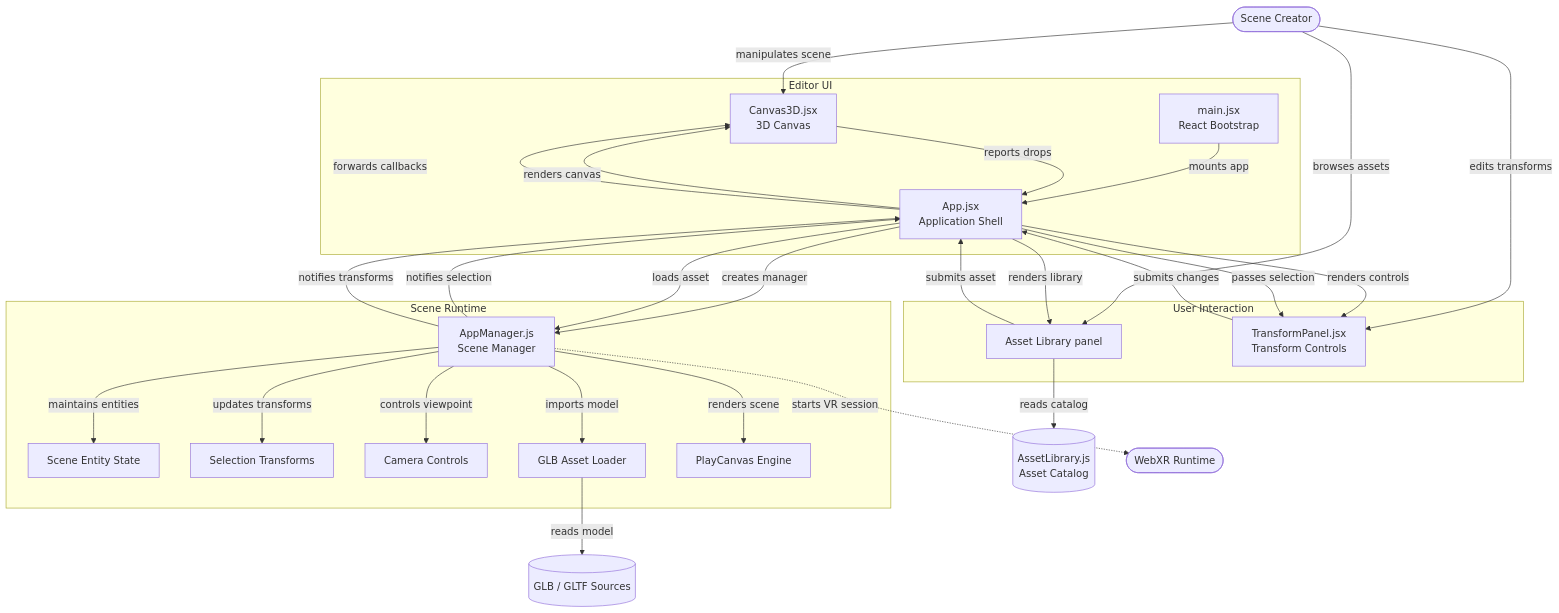
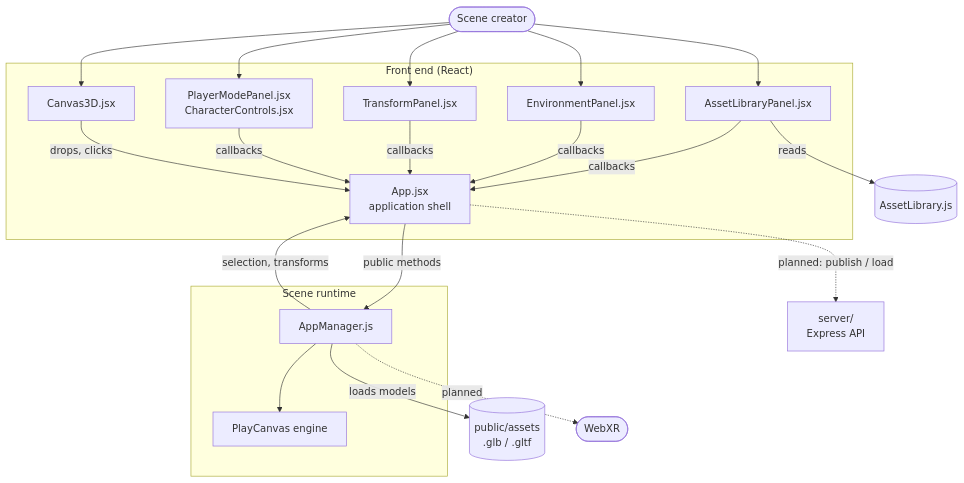
One commit to Blankumu35/3D_world_to_VR changed the diagram in README.md. Above: the diagram before and after it, drawn with Mermaid. The commit also changed other lines of this file, not shown here.

````diff
--- a/README.md
+++ b/README.md
@@ -54,57 +80,34 @@
 ```mermaid
 flowchart TD
-    User([Scene Creator])
+    User([Scene creator])
 
-    subgraph EditorUI["Editor UI"]
-        Main["main.jsx<br/>React Bootstrap"]
-        App["App.jsx<br/>Application Shell"]
-        Canvas["Canvas3D.jsx<br/>3D Canvas"]
+    subgraph UI["Front end (React)"]
+        App["App.jsx<br/>application shell"]
+        Canvas["Canvas3D.jsx"]
+        Library["AssetLibraryPanel.jsx"]
+        Env["EnvironmentPanel.jsx"]
+        Transform["TransformPanel.jsx"]
+        Player["PlayerModePanel.jsx<br/>CharacterControls.jsx"]
     end
 
-    subgraph Interaction["User Interaction"]
-        Library["Asset Library panel"]
-        Transform["TransformPanel.jsx<br/>Transform Controls"]
+    subgraph Runtime["Scene runtime"]
+        Manager["AppManager.js"]
+        Engine["PlayCanvas engine"]
     end
 
-    subgraph Runtime["Scene Runtime"]
-        Manager["AppManager.js<br/>Scene Manager"]
-        Entities["Scene Entity State"]
-        Transforms["Selection Transforms"]
-        CameraCtl["Camera Controls"]
-        Loader["GLB Asset Loader"]
-        Engine["PlayCanvas Engine"]
-    end
+    Catalog[("AssetLibrary.js")]
+    Files[("public/assets<br/>.glb / .gltf")]
+    API["server/<br/>Express API"]
+    XR(["WebXR"])
 
-    Catalog[("AssetLibrary.js<br/>Asset Catalog")]
-    Models[("GLB / GLTF Sources")]
-    XR(["WebXR Runtime"])
-
-    User -->|manipulates scene| Canvas
-    User -->|browses assets| Library
-    User -->|edits transforms| Transform
-
-    Main -->|mounts app| App
-    App -->|renders canvas| Canvas
-    App -->|forwards callbacks| Canvas
-    Canvas -->|reports drops| App
-
-    App -->|renders library| Library
-    App -->|renders controls| Transform
-    App -->|passes selection| Transform
-    Transform -->|submits changes| App
-    Library -->|submits asset| App
-    Library -->|reads catalog| Catalog
-
-    App -->|creates manager| Manager
-    App -->|loads asset| Manager
-    Manager -->|notifies selection| App
-    Manager -->|notifies transforms| App
-
-    Manager -->|maintains entities| Entities
-    Manager -->|updates transforms| Transforms
-    Manager -->|controls viewpoint| CameraCtl
-    Manager -->|imports model| Loader
-    Manager -->|renders scene| Engine
-    Manager -.->|starts VR session| XR
-    Loader -->|reads model| Models
+    User --> Canvas & Library & Env & Transform & Player
+    Library -->|reads| Catalog
+    Library & Env & Transform & Player -->|callbacks| App
+    Canvas -->|drops, clicks| App
+    App -->|public methods| Manager
+    Manager -->|selection, transforms| App
+    Manager --> Engine
+    Manager -->|loads models| Files
+    Manager -.->|planned| XR
+    App -.->|planned: publish / load| API
 ```
````
